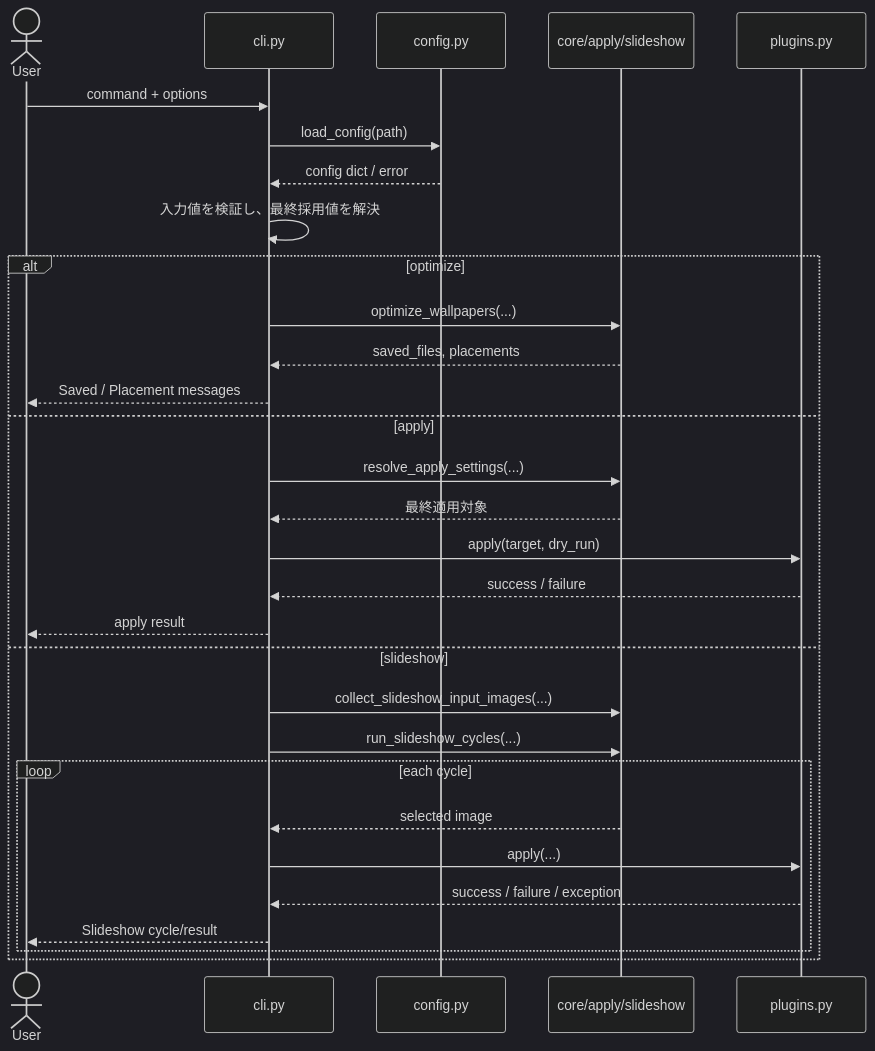
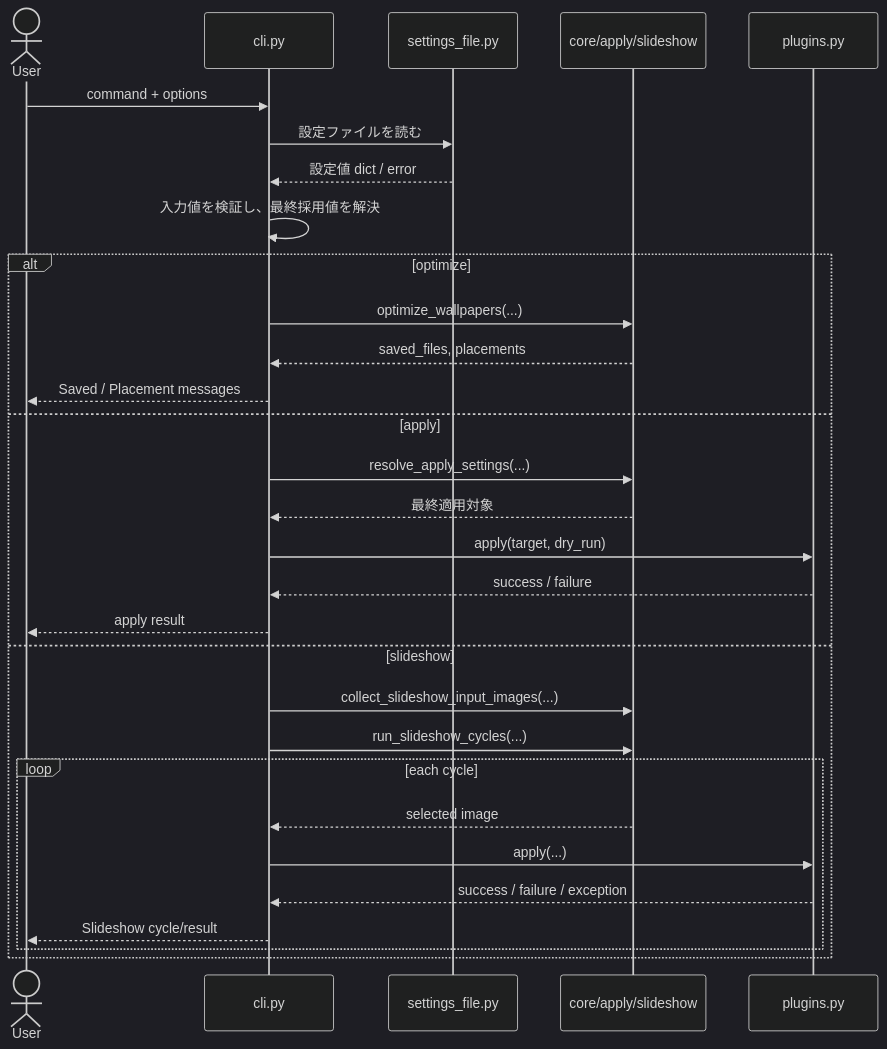
Before and after one commit to oggy8021/Harite: the diagram in docs/specs/cli/harite-cli-spec.md, drawn with Mermaid (dark theme). The commit also changed other lines of this file and 21 other files, not shown here.

First line of the commit message:
config preferences を Settings に揃える (#308)

````diff
--- a/docs/specs/cli/harite-cli-spec.md
+++ b/docs/specs/cli/harite-cli-spec.md
@@ -28,34 +28,34 @@
 ```mermaid
 sequenceDiagram
     actor User
     participant CLI as cli.py
-    participant Config as config.py
+    participant SettingsFile as settings_file.py
     participant Core as core/apply/slideshow
     participant Plugin as plugins.py
 
     User->>CLI: command + options
-    CLI->>Config: load_config(path)
-    Config-->>CLI: config dict / error
+    CLI->>SettingsFile: 設定ファイルを読む
+    SettingsFile-->>CLI: 設定値 dict / error
     CLI->>CLI: 入力値を検証し、最終採用値を解決
 
     alt optimize
         CLI->>Core: optimize_wallpapers(...)
         Core-->>CLI: saved_files, placements
         CLI-->>User: Saved / Placement messages
     else apply
         CLI->>Core: resolve_apply_settings(...)
         Core-->>CLI: 最終適用対象
         CLI->>Plugin: apply(target, dry_run)
         Plugin-->>CLI: success / failure
         CLI-->>User: apply result
     else slideshow
         CLI->>Core: collect_slideshow_input_images(...)
         CLI->>Core: run_slideshow_cycles(...)
         loop each cycle
             Core-->>CLI: selected image
             CLI->>Plugin: apply(...)
             Plugin-->>CLI: success / failure / exception
             CLI-->>User: Slideshow cycle/result
         end
     end
 ```
````
